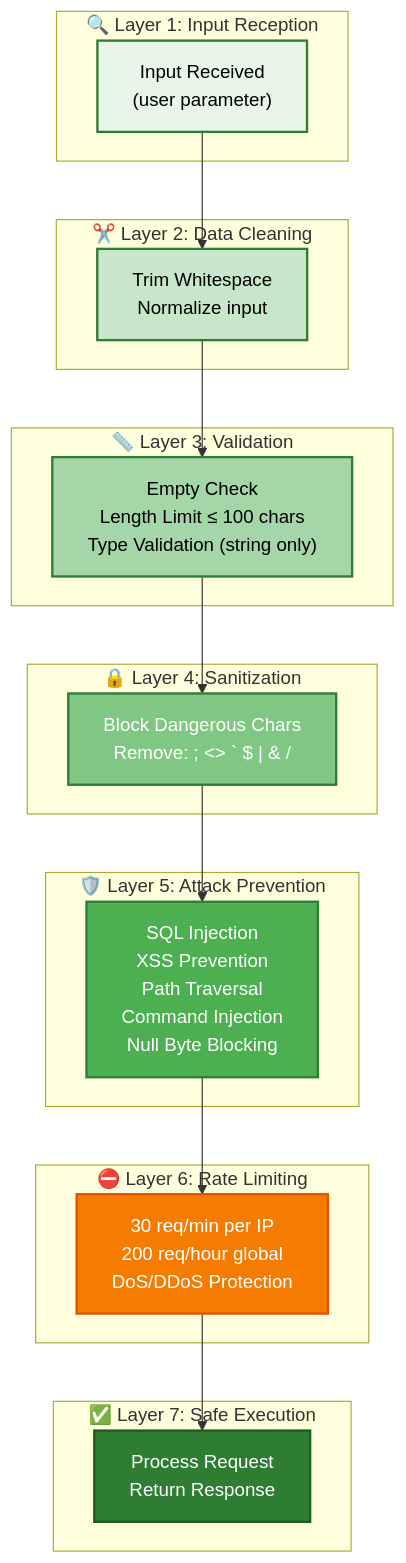
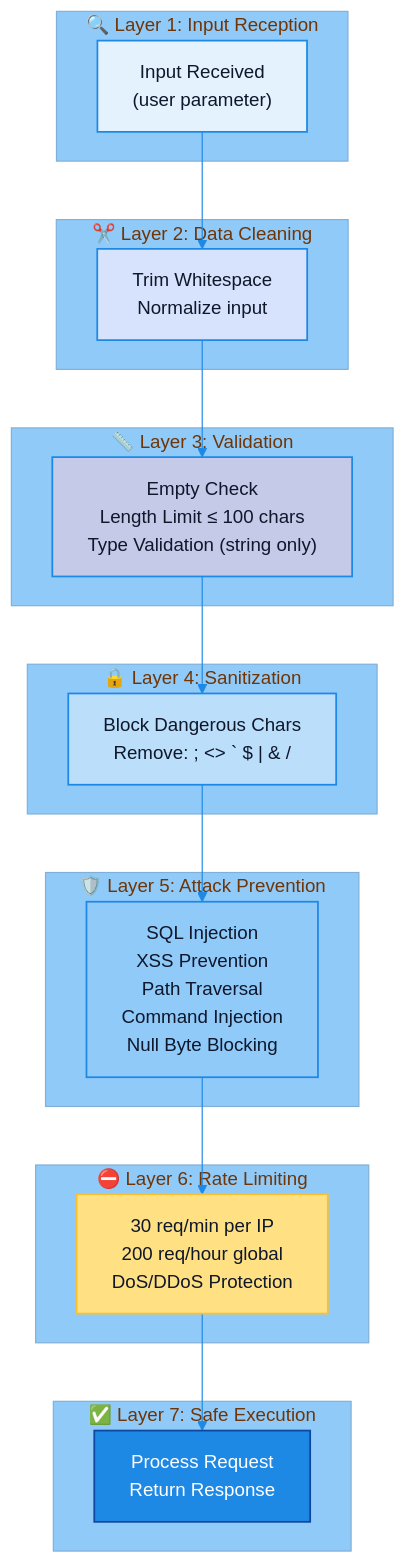
The diagram in docs/SECURITY.md (jim-wyatt/msn-weather-wrapper), drawn with Mermaid before and after one commit. The commit also changed 21 other files, not shown here.

````diff
--- a/docs/SECURITY.md
+++ b/docs/SECURITY.md
@@ -23,40 +23,42 @@
 ```mermaid
+%%{init: {'theme': 'base', 'themeVariables': {'primaryColor': '#E3F2FD', 'primaryTextColor': '#0F172A', 'primaryBorderColor': '#1E88E5', 'lineColor': '#1E88E5', 'secondaryColor': '#BBDEFB', 'tertiaryColor': '#90CAF9', 'edgeLabelBackground': '#E3F2FD'}}}%%
 graph TD
     subgraph Layer1["🔍 Layer 1: Input Reception"]
         L1["Input Received<br/>(user parameter)"]
     end
 
     subgraph Layer2["✂️ Layer 2: Data Cleaning"]
         L2["Trim Whitespace<br/>Normalize input"]
     end
 
     subgraph Layer3["📏 Layer 3: Validation"]
         L3["Empty Check<br/>Length Limit ≤ 100 chars<br/>Type Validation (string only)"]
     end
 
     subgraph Layer4["🔒 Layer 4: Sanitization"]
         L4["Block Dangerous Chars<br/>Remove: ; &lt;&gt; ` $ | &amp; /"]
     end
 
     subgraph Layer5["🛡️ Layer 5: Attack Prevention"]
         L5["SQL Injection<br/>XSS Prevention<br/>Path Traversal<br/>Command Injection<br/>Null Byte Blocking"]
     end
 
     subgraph Layer6["⛔ Layer 6: Rate Limiting"]
         L6["30 req/min per IP<br/>200 req/hour global<br/>DoS/DDoS Protection"]
     end
 
     subgraph Layer7["✅ Layer 7: Safe Execution"]
         L7["Process Request<br/>Return Response"]
     end
 
     L1 --> L2 --> L3 --> L4 --> L5 --> L6 --> L7
 
-    style L1 fill:#E8F5E9,stroke:#2E7D32,stroke-width:2px,color:#000
-    style L2 fill:#C8E6C9,stroke:#2E7D32,stroke-width:2px,color:#000
-    style L3 fill:#A5D6A7,stroke:#2E7D32,stroke-width:2px,color:#000
-    style L4 fill:#81C784,stroke:#2E7D32,stroke-width:2px,color:#fff
-    style L5 fill:#4CAF50,stroke:#2E7D32,stroke-width:2px,color:#fff
-    style L6 fill:#F57C00,stroke:#E65100,stroke-width:2px,color:#fff
-    style L7 fill:#2E7D32,stroke:#1B5E20,stroke-width:2px,color:#fff
+    %% Muted blues and ambers for web-friendly contrast
+    style L1 fill:#E3F2FD,stroke:#1E88E5,stroke-width:1.5px,color:#0F172A
+    style L2 fill:#D7E3FC,stroke:#1E88E5,stroke-width:1.5px,color:#0F172A
+    style L3 fill:#C5CAE9,stroke:#1E88E5,stroke-width:1.5px,color:#0F172A
+    style L4 fill:#BBDEFB,stroke:#1E88E5,stroke-width:1.5px,color:#0F172A
+    style L5 fill:#90CAF9,stroke:#1E88E5,stroke-width:1.5px,color:#0F172A
+    style L6 fill:#FFE082,stroke:#FBC02D,stroke-width:1.5px,color:#0F172A
+    style L7 fill:#1E88E5,stroke:#0D47A1,stroke-width:1.5px,color:#fff
 ```
````
